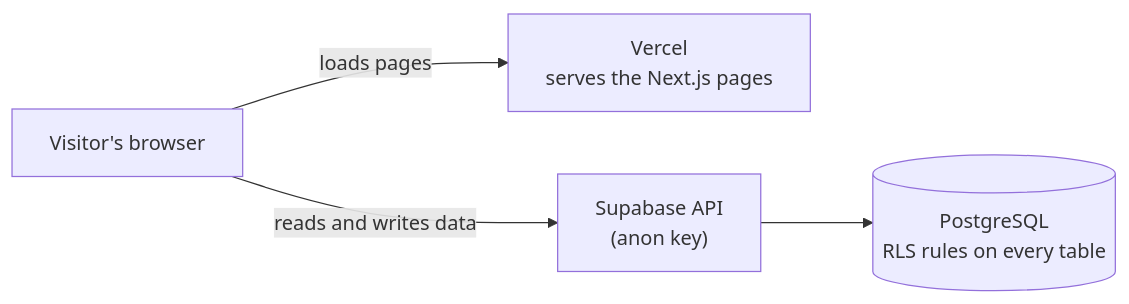
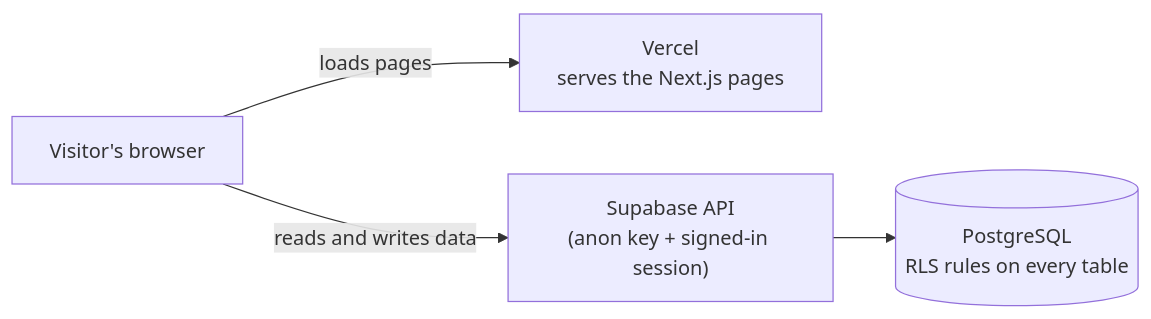
The first of 2 diagrams in docs/architecture.md (tomcat-9976/GigRocker), drawn with Mermaid before and after one commit. The commit also changed other lines of this file and 6 other files, not shown here.

````diff
--- a/docs/architecture.md
+++ b/docs/architecture.md
@@ -11,10 +15,10 @@
 ```mermaid
 flowchart LR
     Browser["Visitor's browser"]
     Vercel["Vercel<br/>serves the Next.js pages"]
-    API["Supabase API<br/>(anon key)"]
+    API["Supabase API<br/>(anon key + signed-in session)"]
     DB[("PostgreSQL<br/>RLS rules on every table")]
     Browser -- "loads pages" --> Vercel
     Browser -- "reads and writes data" --> API
     API --> DB
 ```
````
